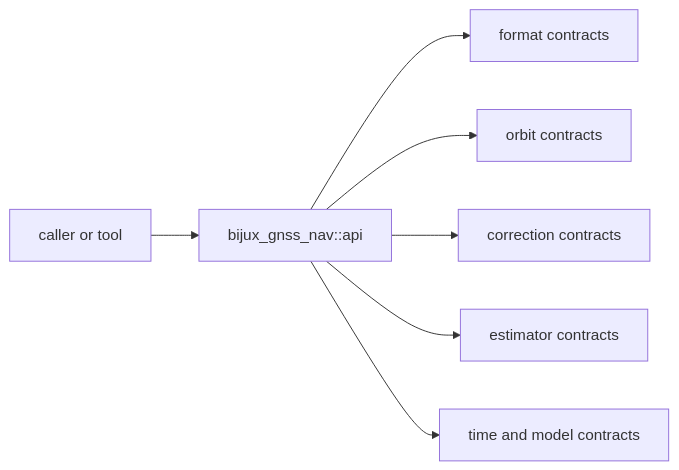
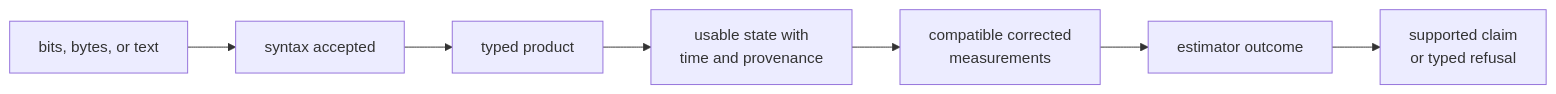
One commit to bijux/bijux-telecom changed the first of 2 diagrams in docs/04-bijux-gnss-nav/interfaces/index.md. Above: the diagram before and after it, drawn with Mermaid. The commit also changed other lines of this file and 1 other file, not shown here.

Commit message:
docs(nav): separate scientific layers and trust contracts

````diff
--- a/docs/04-bijux-gnss-nav/interfaces/index.md
+++ b/docs/04-bijux-gnss-nav/interfaces/index.md
@@ -23,17 +29,12 @@
 ```mermaid
 flowchart LR
-    caller["caller or tool"]
-    api["bijux_gnss_nav::api"]
-    formats["format contracts"]
-    orbits["orbit contracts"]
-    corrections["correction contracts"]
-    estimation["estimator contracts"]
-    time["time and model contracts"]
+    bytes["bits, bytes, or text"]
+    parsed["syntax accepted"]
+    product["typed product"]
+    state["usable state with<br/>time and provenance"]
+    corrected["compatible corrected<br/>measurements"]
+    estimate["estimator outcome"]
+    claim["supported claim<br/>or typed refusal"]
 
-    caller --> api
-    api --> formats
-    api --> orbits
-    api --> corrections
-    api --> estimation
-    api --> time
+    bytes --> parsed --> product --> state --> corrected --> estimate --> claim
 ```
````
